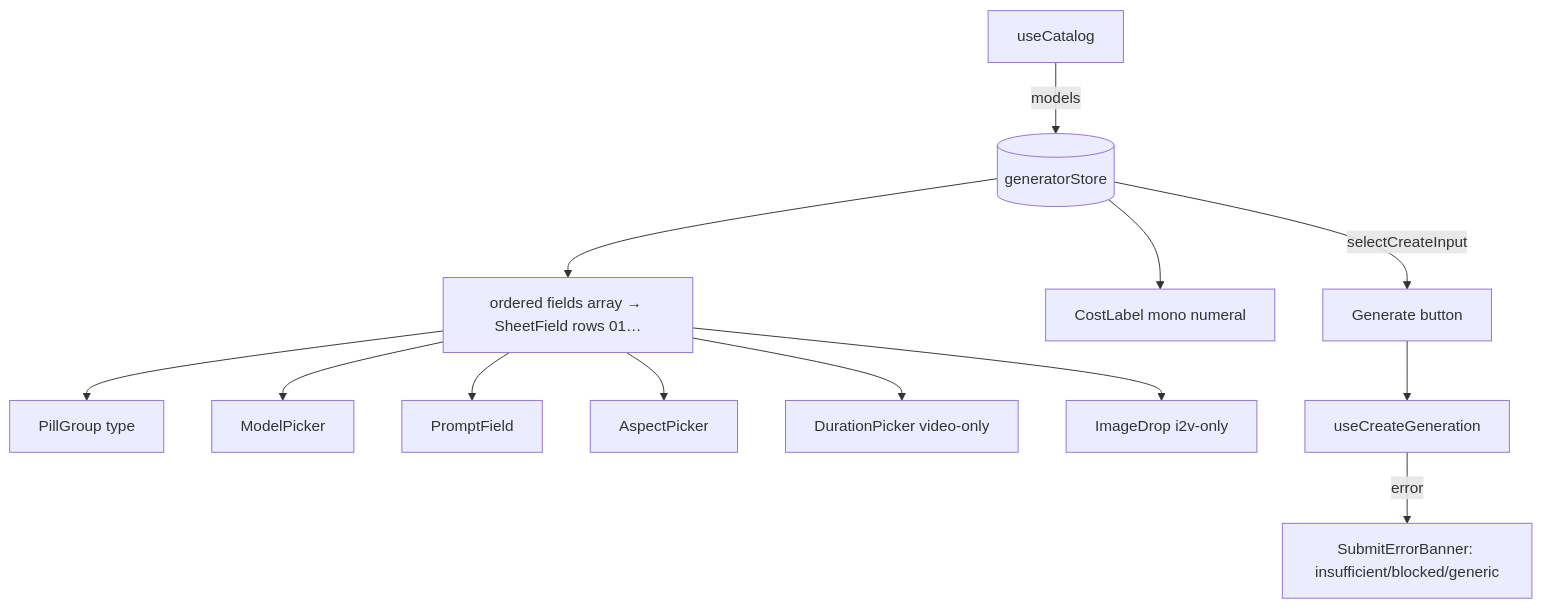
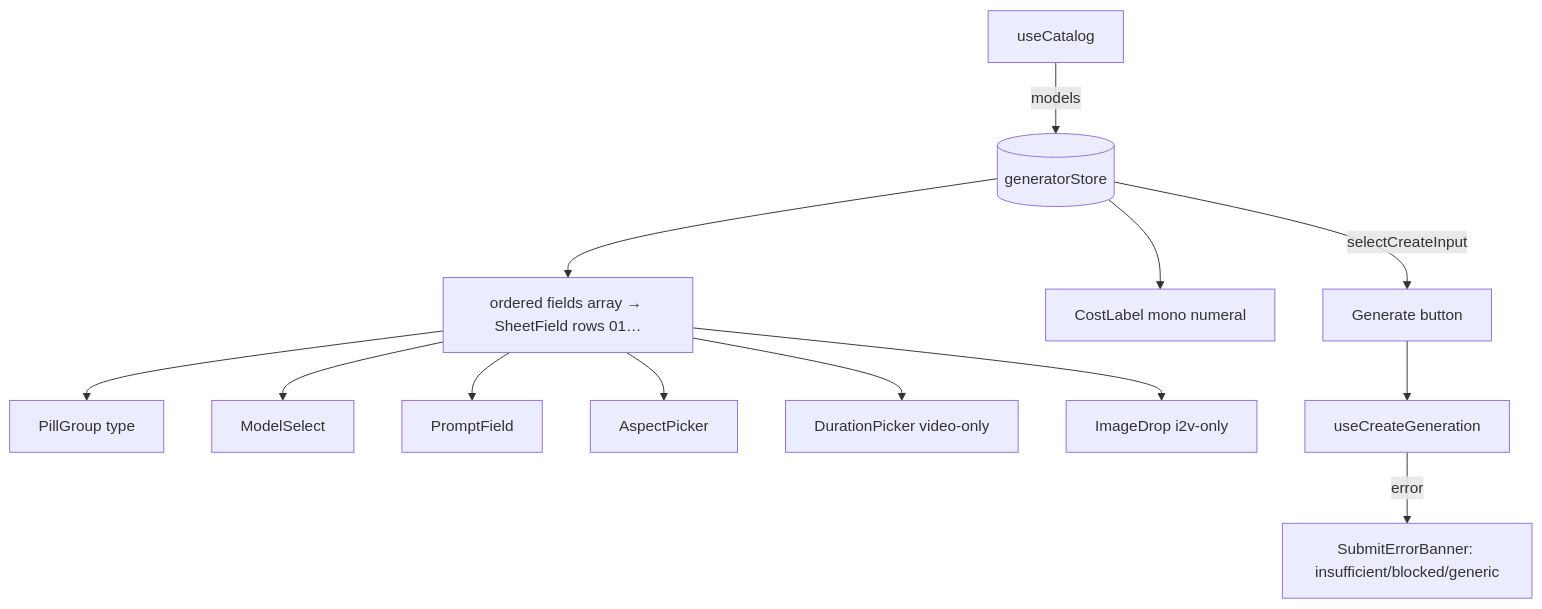
One commit to AzamatRaimbekov2/openCreate changed the diagram in apps/web/src/modules/Generator/components/GeneratorPanel.tsx.md. Above: the diagram before and after it, drawn with Mermaid. The commit also changed other lines of this file and 20 other files, not shown here.

First line of the commit message:
feat(web): custom model select with provider logos, tariffs and descriptions

````diff
--- a/apps/web/src/modules/Generator/components/GeneratorPanel.tsx.md
+++ b/apps/web/src/modules/Generator/components/GeneratorPanel.tsx.md
@@ -39,10 +39,10 @@
 ```mermaid
 flowchart TD
   UC[useCatalog] -->|models| ST[(generatorStore)]
   ST --> FLD[ordered fields array → SheetField rows 01…]
-  FLD --> TT[PillGroup type] & MP[ModelPicker] & PR[PromptField] & AP[AspectPicker] & DP[DurationPicker video-only] & ID[ImageDrop i2v-only]
+  FLD --> TT[PillGroup type] & MP[ModelSelect] & PR[PromptField] & AP[AspectPicker] & DP[DurationPicker video-only] & ID[ImageDrop i2v-only]
   ST --> CL[CostLabel mono numeral]
   ST -->|selectCreateInput| SUB[Generate button]
   SUB --> M[useCreateGeneration]
   M -->|error| SEB[SubmitErrorBanner: insufficient/blocked/generic]
 ```
````
